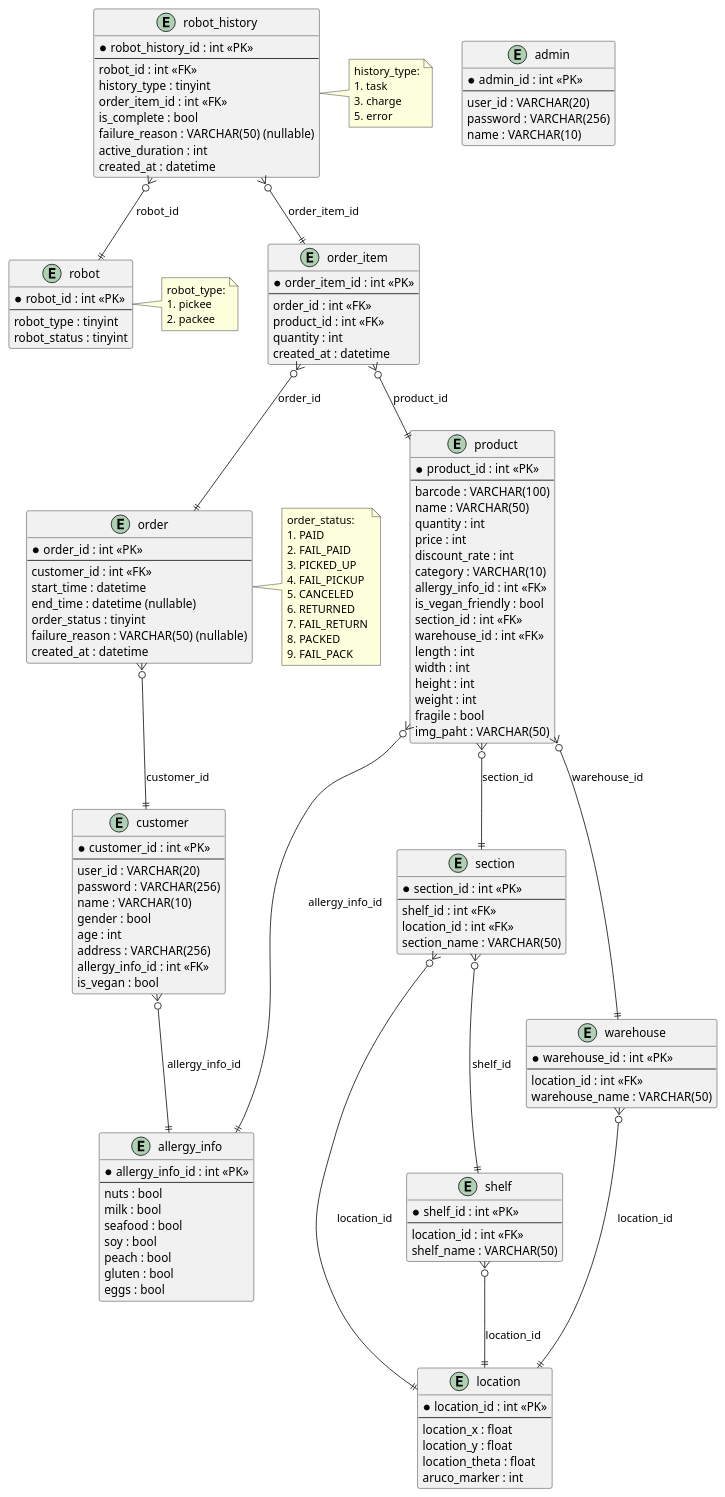
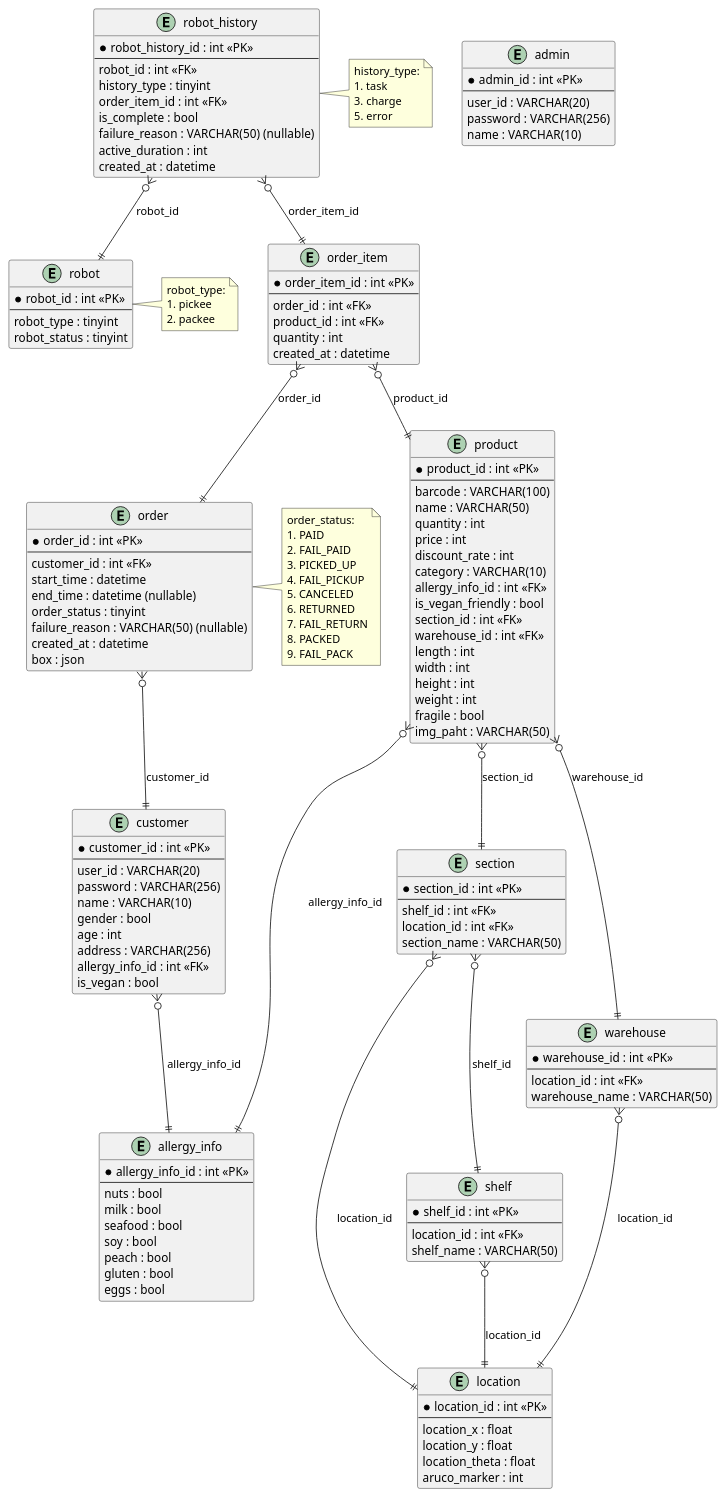
One commit to addinedu-roscamp-7th/roscamp-repo-1 changed the diagram in docs/ERDiagram/ERDiagram.md. Above: the diagram before and after it, drawn with PlantUML.

Commit message:
[Docs] ERdiagram.md 수정

```diff
--- a/docs/ERDiagram/ERDiagram.md
+++ b/docs/ERDiagram/ERDiagram.md
@@ -67,6 +67,7 @@
   order_status : tinyint
   failure_reason : VARCHAR(50) (nullable)
   created_at : datetime
+  box : json
 }
 
 entity "order_item" {
```
